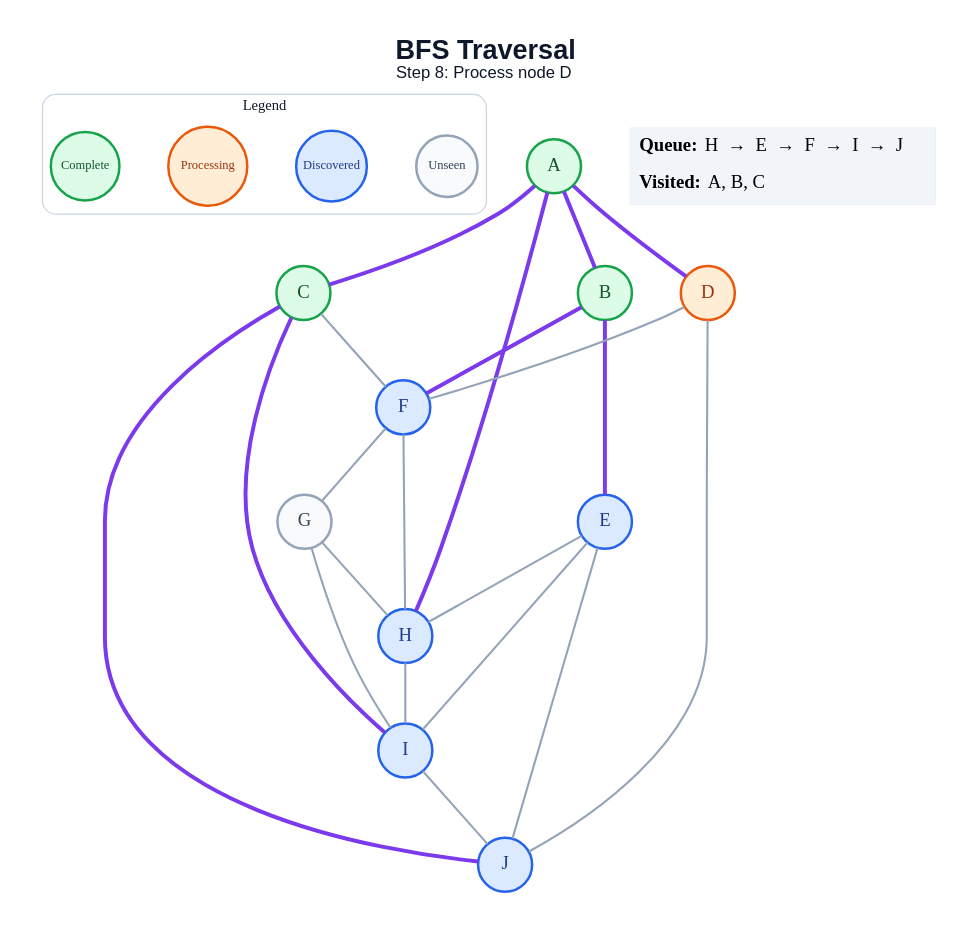
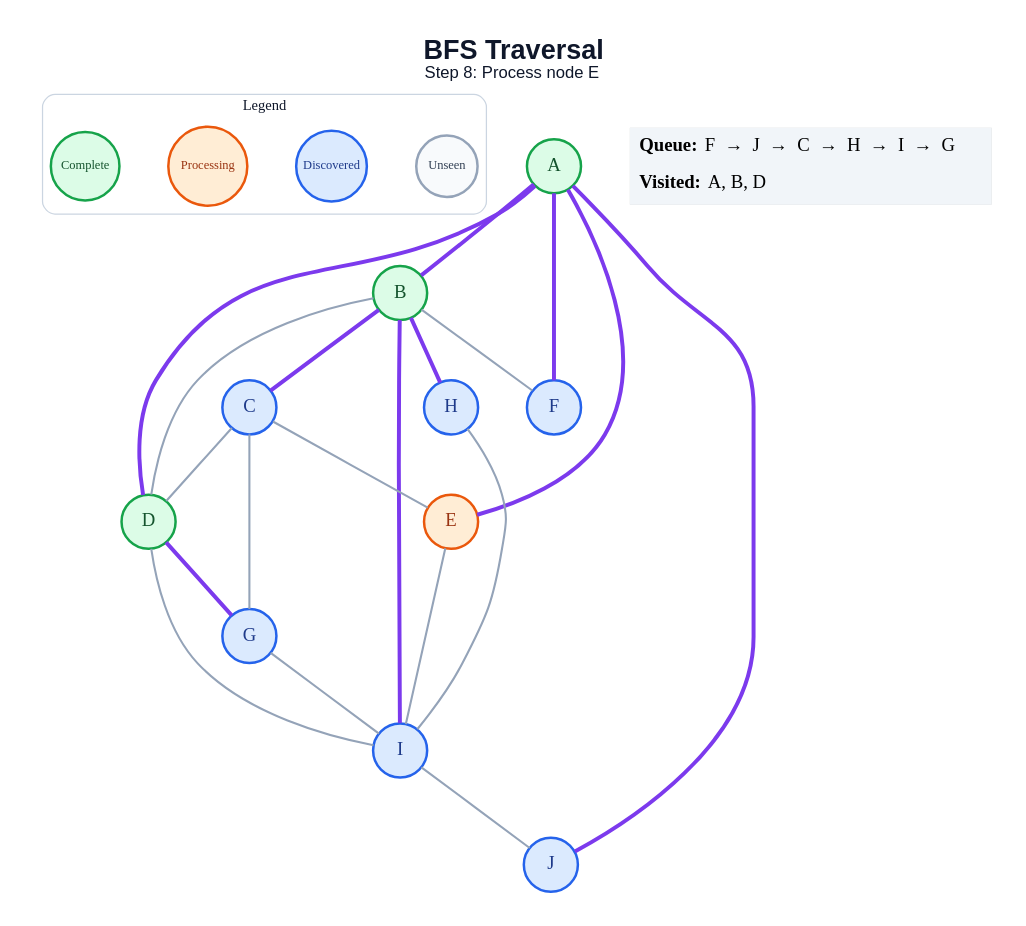
One commit to amanghodawala9/ai-slop changed the diagram in generated/bfs/step_08.dot. Above: the diagram before and after it, drawn with Graphviz. The commit also changed 178 other files, not shown here.

```diff
--- a/generated/bfs/step_08.dot
+++ b/generated/bfs/step_08.dot
@@ -1,49 +1,48 @@
 graph traversal {
   graph [layout=dot, rankdir=TB, bgcolor="#FFFFFF", pad="0.35", nodesep="0.65", ranksep="0.8", fontname="Arial"];
   node [shape=circle, style="filled", fontname="Arial Bold", fontsize=18, width=0.72, fixedsize=true, penwidth=2.4];
   edge [color="#94A3B8", penwidth=2.0];
-  label=<<B>BFS Traversal</B><BR/><FONT POINT-SIZE="16">Step 8: Process node D</FONT>>; labelloc="t"; fontsize=26; fontname="Arial"; fontcolor="#0F172A";
+  label=<<B>BFS Traversal</B><BR/><FONT POINT-SIZE="16">Step 8: Process node E</FONT>>; labelloc="t"; fontsize=26; fontname="Arial"; fontcolor="#0F172A";
   subgraph cluster_legend { label="Legend"; color="#CBD5E1"; penwidth=1.2; style="rounded"; fontsize=14; fontname="Arial Bold";
     key_unseen [label="Unseen", fillcolor="#F8FAFC", color="#94A3B8", fontcolor="#334155", fontsize=12, width=0.82];
     key_frontier [label="Discovered", fillcolor="#DBEAFE", color="#2563EB", fontcolor="#1E3A8A", fontsize=12, width=0.95];
     key_current [label="Processing", fillcolor="#FFEDD5", color="#EA580C", fontcolor="#9A3412", fontsize=12, width=1.05];
     key_done [label="Complete", fillcolor="#DCFCE7", color="#16A34A", fontcolor="#14532D", fontsize=12, width=0.92];
     { rank=same; key_unseen; key_frontier; key_current; key_done; }
   }
   A [fillcolor="#DCFCE7", color="#16A34A", fontcolor="#14532D"];
   B [fillcolor="#DCFCE7", color="#16A34A", fontcolor="#14532D"];
-  C [fillcolor="#DCFCE7", color="#16A34A", fontcolor="#14532D"];
-  D [fillcolor="#FFEDD5", color="#EA580C", fontcolor="#9A3412"];
-  E [fillcolor="#DBEAFE", color="#2563EB", fontcolor="#1E3A8A"];
+  C [fillcolor="#DBEAFE", color="#2563EB", fontcolor="#1E3A8A"];
+  D [fillcolor="#DCFCE7", color="#16A34A", fontcolor="#14532D"];
+  E [fillcolor="#FFEDD5", color="#EA580C", fontcolor="#9A3412"];
   F [fillcolor="#DBEAFE", color="#2563EB", fontcolor="#1E3A8A"];
-  G [fillcolor="#F8FAFC", color="#94A3B8", fontcolor="#334155"];
+  G [fillcolor="#DBEAFE", color="#2563EB", fontcolor="#1E3A8A"];
   H [fillcolor="#DBEAFE", color="#2563EB", fontcolor="#1E3A8A"];
   I [fillcolor="#DBEAFE", color="#2563EB", fontcolor="#1E3A8A"];
   J [fillcolor="#DBEAFE", color="#2563EB", fontcolor="#1E3A8A"];
   A -- B [color="#7C3AED", penwidth=3.8];
-  A -- C [color="#7C3AED", penwidth=3.8];
   A -- D [color="#7C3AED", penwidth=3.8];
-  A -- H [color="#7C3AED", penwidth=3.8];
-  B -- E [color="#7C3AED", penwidth=3.8];
-  B -- F [color="#7C3AED", penwidth=3.8];
-  C -- F;
-  C -- I [color="#7C3AED", penwidth=3.8];
-  C -- J [color="#7C3AED", penwidth=3.8];
-  D -- F;
-  D -- J;
-  E -- H;
+  A -- E [color="#7C3AED", penwidth=3.8];
+  A -- F [color="#7C3AED", penwidth=3.8];
+  A -- J [color="#7C3AED", penwidth=3.8];
+  B -- C [color="#7C3AED", penwidth=3.8];
+  B -- D;
+  B -- F;
+  B -- H [color="#7C3AED", penwidth=3.8];
+  B -- I [color="#7C3AED", penwidth=3.8];
+  C -- D;
+  C -- E;
+  C -- G;
+  D -- G [color="#7C3AED", penwidth=3.8];
+  D -- I;
   E -- I;
-  E -- J;
-  F -- G;
-  F -- H;
-  G -- H;
   G -- I;
   H -- I;
   I -- J;
   status [shape=plain, fixedsize=false, width=0, height=0, margin=0, label=<
     <TABLE BORDER="0" CELLBORDER="0" CELLPADDING="7" BGCOLOR="#F1F5F9">
-      <TR><TD ALIGN="LEFT"><B>Queue:</B> H  →  E  →  F  →  I  →  J</TD></TR>
-      <TR><TD ALIGN="LEFT"><B>Visited:</B> A, B, C</TD></TR>
+      <TR><TD ALIGN="LEFT"><B>Queue:</B> F  →  J  →  C  →  H  →  I  →  G</TD></TR>
+      <TR><TD ALIGN="LEFT"><B>Visited:</B> A, B, D</TD></TR>
     </TABLE>
   >];
 }
```
